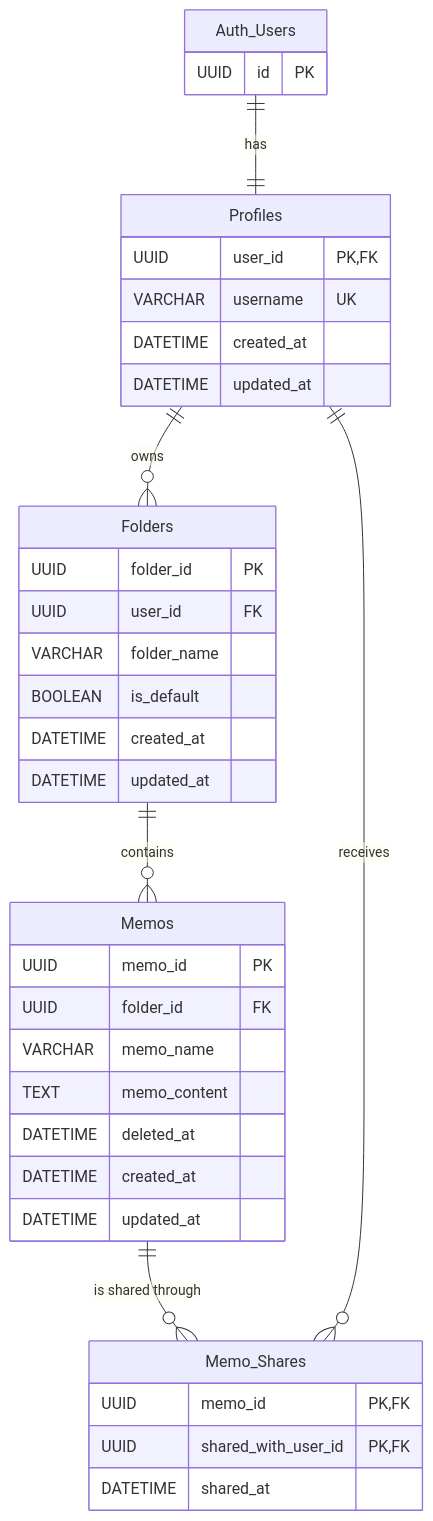
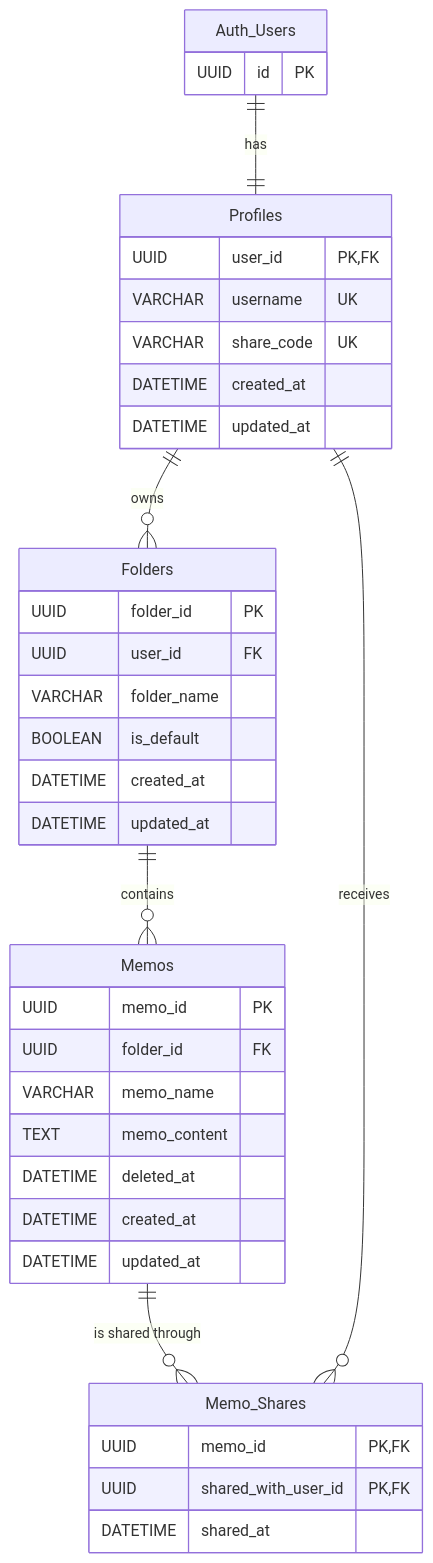
Before and after one commit to satohinata327/memo-app: the diagram in docs/db_design.md, drawn with Mermaid. The commit also changed other lines of this file and 2 other files, not shown here.

````diff
--- a/docs/db_design.md
+++ b/docs/db_design.md
@@ -40,44 +45,45 @@
 ```mermaid
 erDiagram
     Auth_Users {
         UUID id PK
     }
 
     Profiles {
         UUID user_id PK, FK
         VARCHAR username UK
+        VARCHAR share_code UK
         DATETIME created_at
         DATETIME updated_at
     }
 
     Folders {
         UUID folder_id PK
         UUID user_id FK
         VARCHAR folder_name
         BOOLEAN is_default
         DATETIME created_at
         DATETIME updated_at
     }
 
     Memos {
         UUID memo_id PK
         UUID folder_id FK
         VARCHAR memo_name
         TEXT memo_content
         DATETIME deleted_at
         DATETIME created_at
         DATETIME updated_at
     }
 
     Memo_Shares {
         UUID memo_id PK, FK
         UUID shared_with_user_id PK, FK
         DATETIME shared_at
     }
 
     Auth_Users ||--|| Profiles : "has"
     Profiles ||--o{ Folders : "owns"
     Folders ||--o{ Memos : "contains"
     Memos ||--o{ Memo_Shares : "is shared through"
     Profiles ||--o{ Memo_Shares : "receives"
 ```
````
